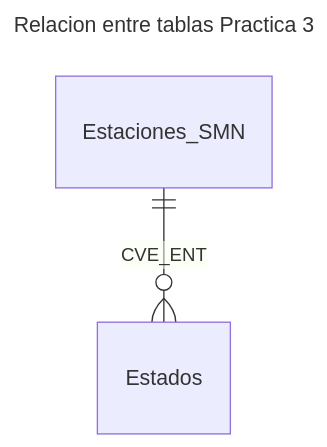
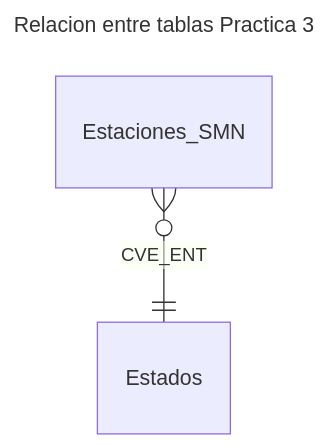
Before and after one commit to vshalisko/mixed_GIS_related_scripts: the diagram in Clase_Metadatos/Practica_3_esquema_DB_relacional.mermaid, drawn with Mermaid.

```diff
--- a/Clase_Metadatos/Practica_3_esquema_DB_relacional.mermaid
+++ b/Clase_Metadatos/Practica_3_esquema_DB_relacional.mermaid
@@ -1,5 +1,5 @@
 ---
 title: Relacion entre tablas Practica 3
 ---
 erDiagram
-  Estaciones_SMN ||--o{ Estados : CVE_ENT
+  Estaciones_SMN }o--|| Estados : CVE_ENT
```
